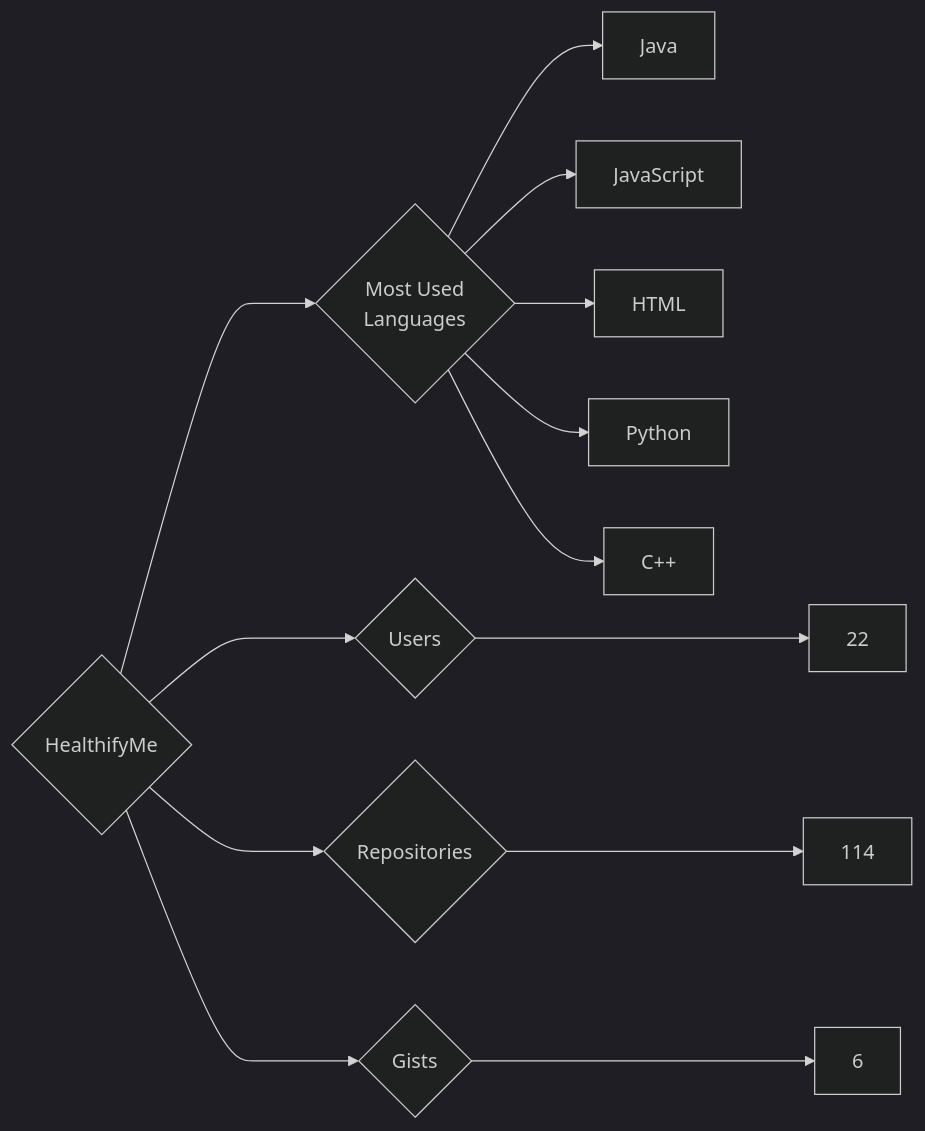
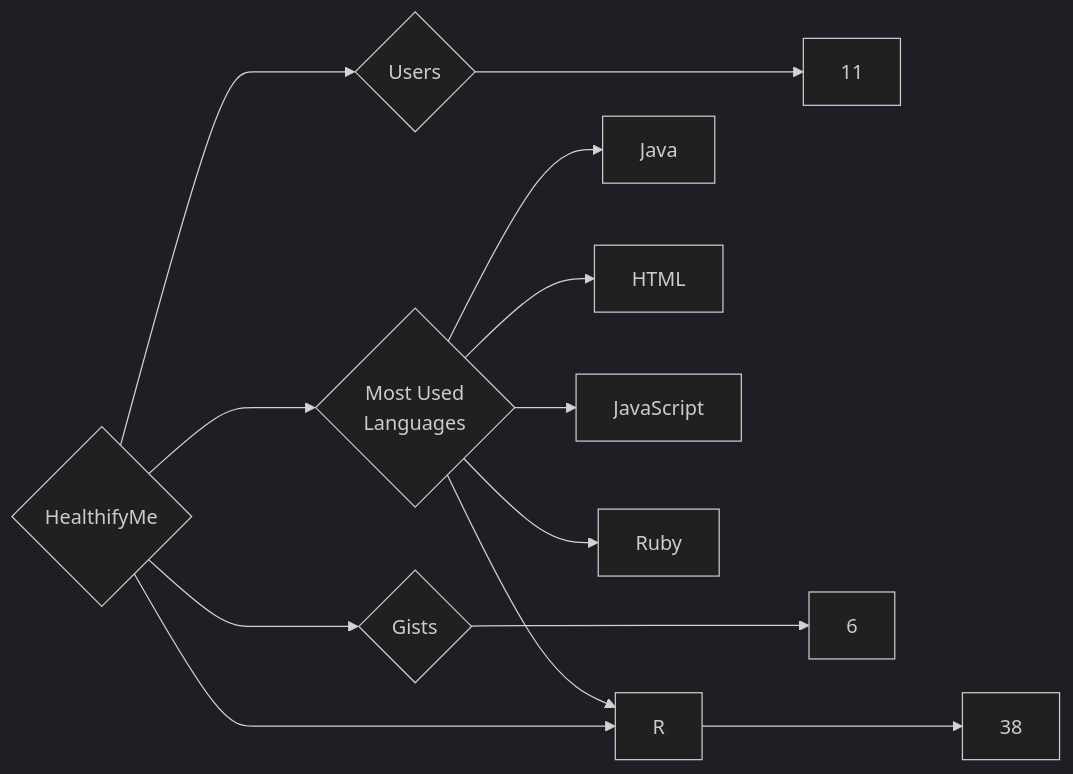
The diagram in targets/HealthifyMe/README.md (trickest/insiders), drawn with Mermaid (dark theme) before and after one commit. The commit also changed 610 other files, not shown here.

````diff
--- a/targets/HealthifyMe/README.md
+++ b/targets/HealthifyMe/README.md
@@ -3,13 +3,13 @@
 ```mermaid
 graph LR
 COMPANY_NAME{HealthifyMe}
-COMPANY_NAME ---> U{Users} ---> UN[22]
-COMPANY_NAME ---> R{Repositories} ---> RN[114]
+COMPANY_NAME ---> U{Users} ---> UN[11]
+COMPANY_NAME ---> R{Repositories} ---> RN[38]
 COMPANY_NAME ---> G{Gists} ---> GN[6]
 COMPANY_NAME ---> ML{Most Used<br>Languages}
 ML --> Java[Java]
+ML --> HTML[HTML]
 ML --> JavaScript[JavaScript]
-ML --> HTML[HTML]
-ML --> Python[Python]
-ML --> C++[C++]
+ML --> R[R]
+ML --> Ruby[Ruby]
 ```
````
